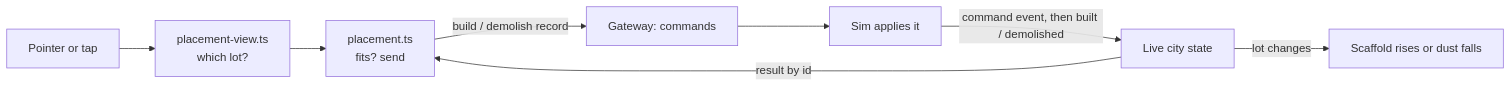
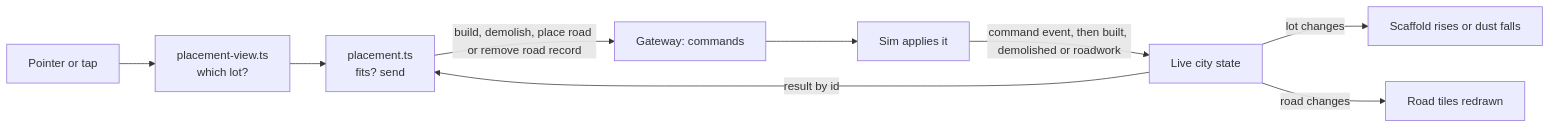
One commit to GetFelix/felix-metro changed the first of 5 diagrams in docs/ui.md. Above: the diagram before and after it, drawn with Mermaid. The commit also changed other lines of this file and 59 other files, not shown here.

First line of the commit message:
Roads you can place and remove, with replanning (#26, #27) (#157)

````diff
--- a/docs/ui.md
+++ b/docs/ui.md
@@ -128,10 +141,11 @@
 ```mermaid
 flowchart LR
     PTR["Pointer or tap"] --> VIEW["placement-view.ts<br/>which lot?"]
     VIEW --> TOOL["placement.ts<br/>fits? send"]
-    TOOL -->|"build / demolish record"| GW["Gateway: commands"]
+    TOOL -->|"build, demolish, place road or remove road record"| GW["Gateway: commands"]
     GW --> SIM["Sim applies it"]
-    SIM -->|"command event, then built / demolished"| LIVE["Live city state"]
+    SIM -->|"command event, then built, demolished or roadwork"| LIVE["Live city state"]
     LIVE -->|"result by id"| TOOL
     LIVE -->|"lot changes"| DRAW["Scaffold rises or dust falls"]
+    LIVE -->|"road changes"| ROADS["Road tiles redrawn"]
 ```
````
